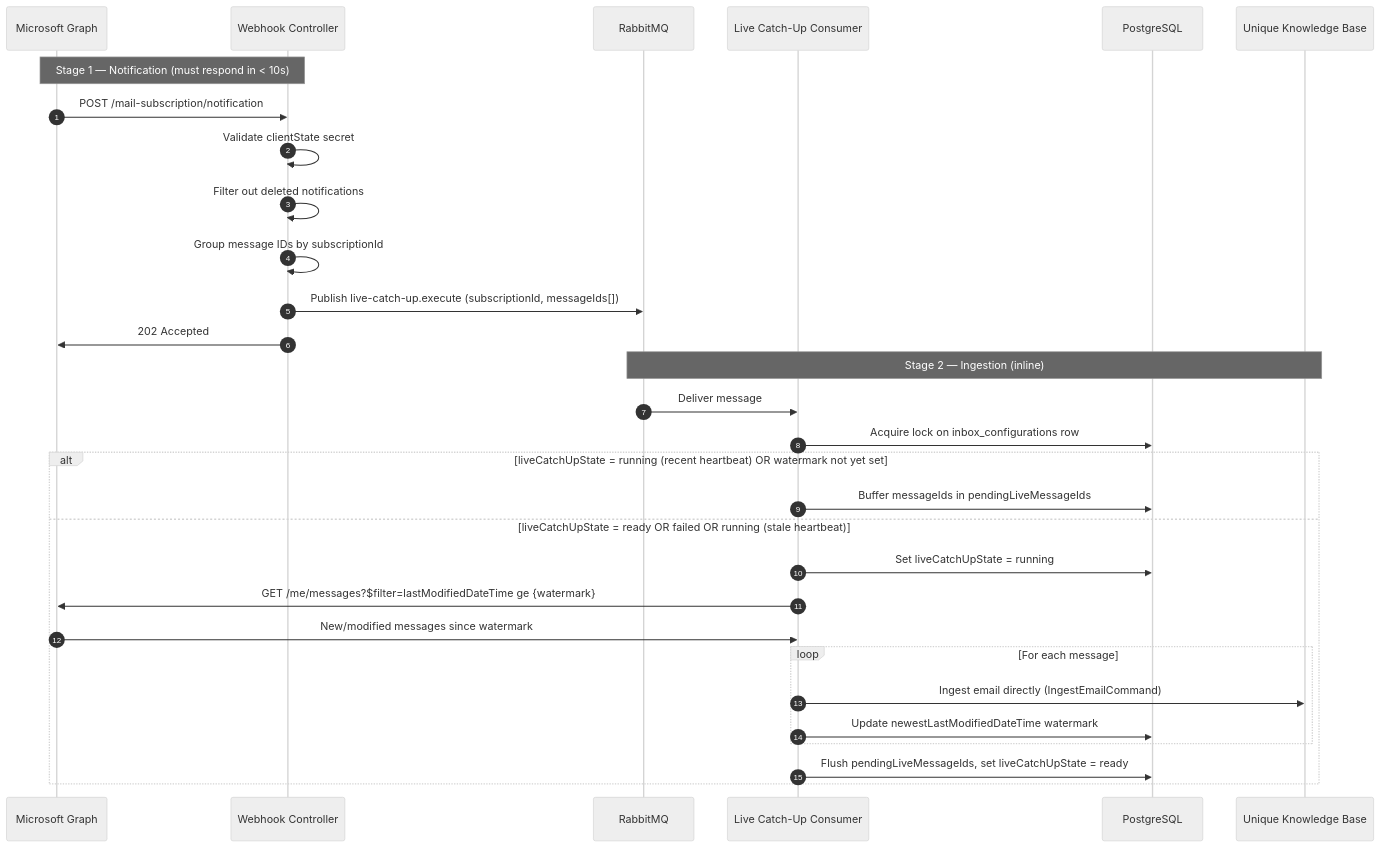
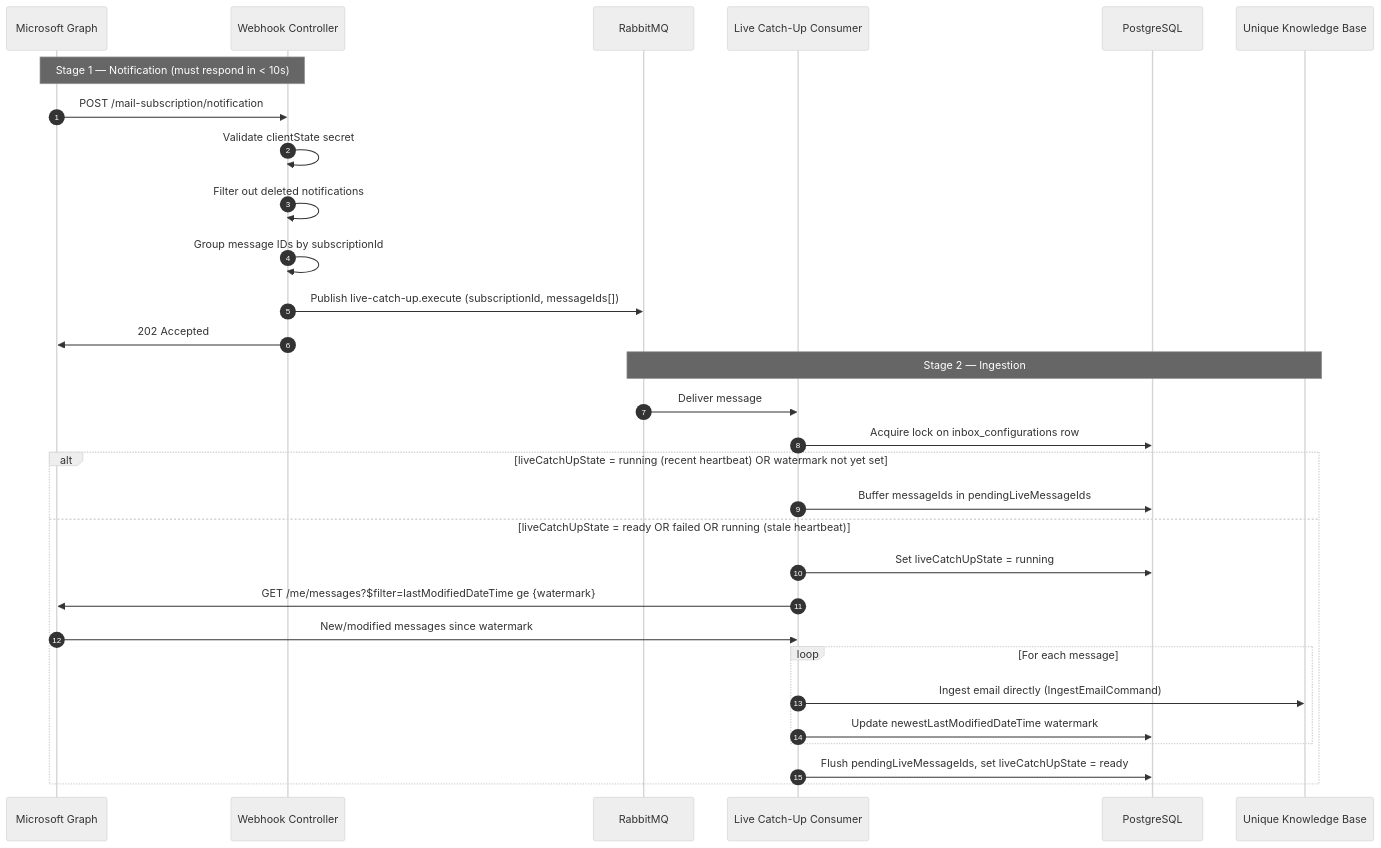
Before and after one commit to Unique-AG/connectors: the diagram in services/outlook-semantic-mcp/docs/technical/live-catchup.md, drawn with Mermaid. The commit also changed other lines of this file and 14 other files, not shown here.

````diff
--- a/services/outlook-semantic-mcp/docs/technical/live-catchup.md
+++ b/services/outlook-semantic-mcp/docs/technical/live-catchup.md
@@ -14,36 +14,36 @@
 ```mermaid
 %%{init: {'theme': 'neutral', 'themeVariables': { 'fontSize': '14px' }}}%%
 sequenceDiagram
     autonumber
     participant MSGraph as Microsoft Graph
     participant Controller as Webhook Controller
     participant AMQP as RabbitMQ
     participant Consumer as Live Catch-Up Consumer
     participant DB as PostgreSQL
     participant UniqueKB as Unique Knowledge Base
 
     Note over MSGraph,Controller: Stage 1 — Notification (must respond in < 10s)
     MSGraph->>Controller: POST /mail-subscription/notification
     Controller->>Controller: Validate clientState secret
     Controller->>Controller: Filter out deleted notifications
     Controller->>Controller: Group message IDs by subscriptionId
     Controller->>AMQP: Publish live-catch-up.execute (subscriptionId, messageIds[])
     Controller->>MSGraph: 202 Accepted
 
-    Note over AMQP,UniqueKB: Stage 2 — Ingestion (inline)
+    Note over AMQP,UniqueKB: Stage 2 — Ingestion
     AMQP->>Consumer: Deliver message
     Consumer->>DB: Acquire lock on inbox_configurations row
 
     alt liveCatchUpState = running (recent heartbeat) OR watermark not yet set
         Consumer->>DB: Buffer messageIds in pendingLiveMessageIds
     else liveCatchUpState = ready OR failed OR running (stale heartbeat)
         Consumer->>DB: Set liveCatchUpState = running
         Consumer->>MSGraph: GET /me/messages?$filter=lastModifiedDateTime ge {watermark}
         MSGraph->>Consumer: New/modified messages since watermark
         loop For each message
             Consumer->>UniqueKB: Ingest email directly (IngestEmailCommand)
             Consumer->>DB: Update newestLastModifiedDateTime watermark
         end
         Consumer->>DB: Flush pendingLiveMessageIds, set liveCatchUpState = ready
     end
 ```
````
